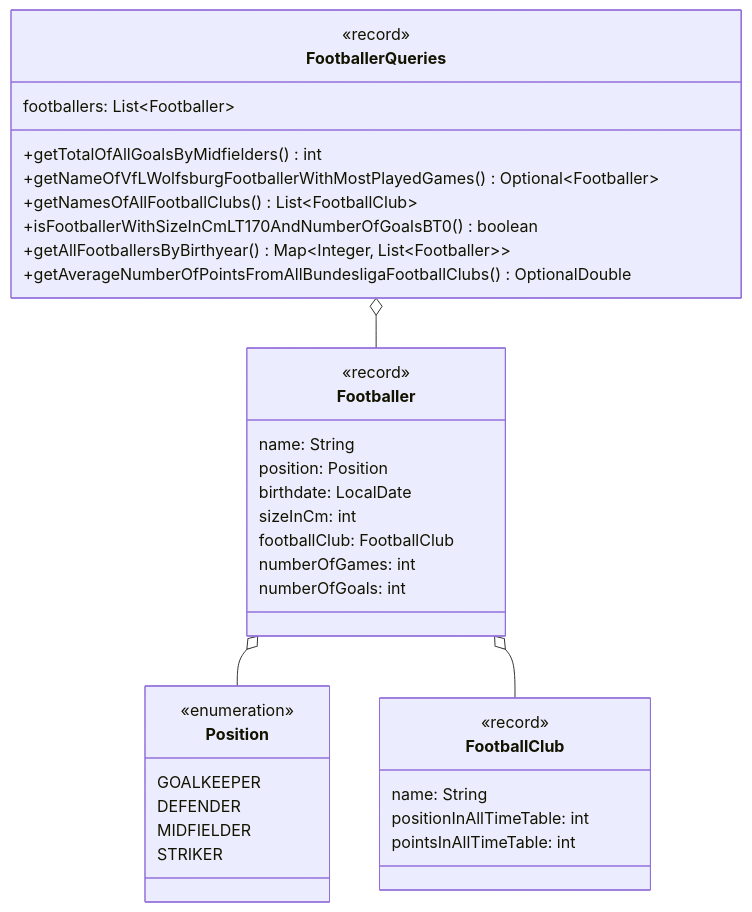
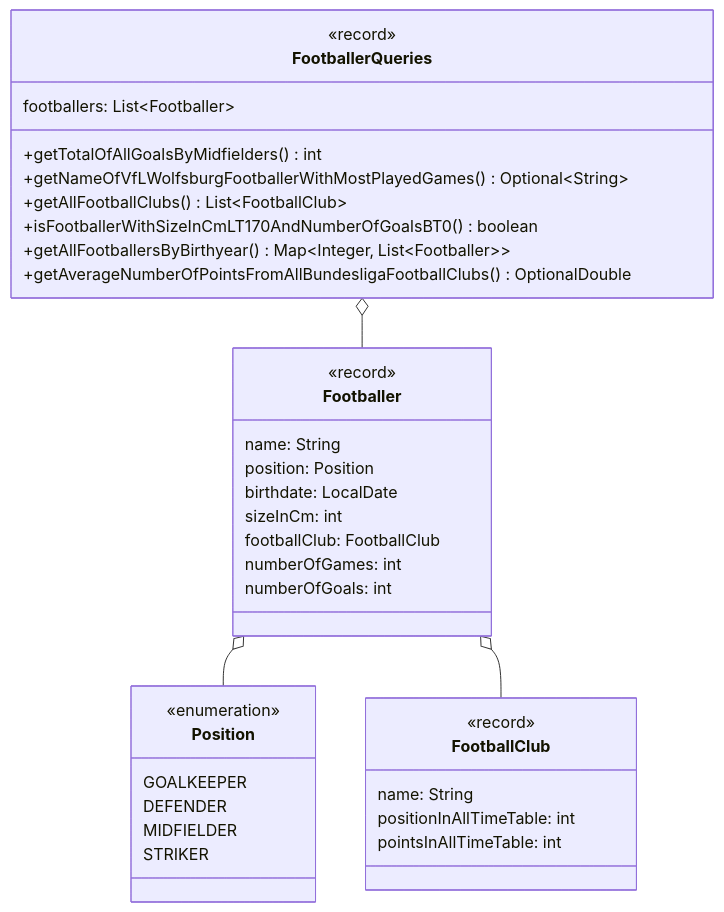
Before and after one commit to jappuccini/java-docs: the diagram in docs/exercises/java-stream-api/java-stream-api02.mdx, drawn with Mermaid. The commit also changed other lines of this file and 5 other files, not shown here.

````diff
--- a/docs/exercises/java-stream-api/java-stream-api02.mdx
+++ b/docs/exercises/java-stream-api/java-stream-api02.mdx
@@ -15,43 +15,43 @@
 ```mermaid
 classDiagram
     Footballer o-- Position
     Footballer o-- FootballClub
     FootballerQueries o-- Footballer
 
     class Position {
         <<enumeration>>
         GOALKEEPER
         DEFENDER
         MIDFIELDER
         STRIKER
     }
 
     class Footballer {
         <<record>>
         name: String
         position: Position
         birthdate: LocalDate
         sizeInCm: int
         footballClub: FootballClub
         numberOfGames: int
         numberOfGoals: int
     }
 
     class FootballClub {
         <<record>>
         name: String
         positionInAllTimeTable: int
         pointsInAllTimeTable: int
     }
 
     class FootballerQueries {
         <<record>>
         footballers: List~Footballer~
         +getTotalOfAllGoalsByMidfielders() int
-        +getNameOfVfLWolfsburgFootballerWithMostPlayedGames() Optional~Footballer~
-        +getNamesOfAllFootballClubs() List~FootballClub~
+        +getNameOfVfLWolfsburgFootballerWithMostPlayedGames() Optional~String~
+        +getAllFootballClubs() List~FootballClub~
         +isFootballerWithSizeInCmLT170AndNumberOfGoalsBT0() boolean
         +getAllFootballersByBirthyear() Map~Integer&sbquo; List~Footballer~~
         +getAverageNumberOfPointsFromAllBundesligaFootballClubs() OptionalDouble
     }
 ```
````
